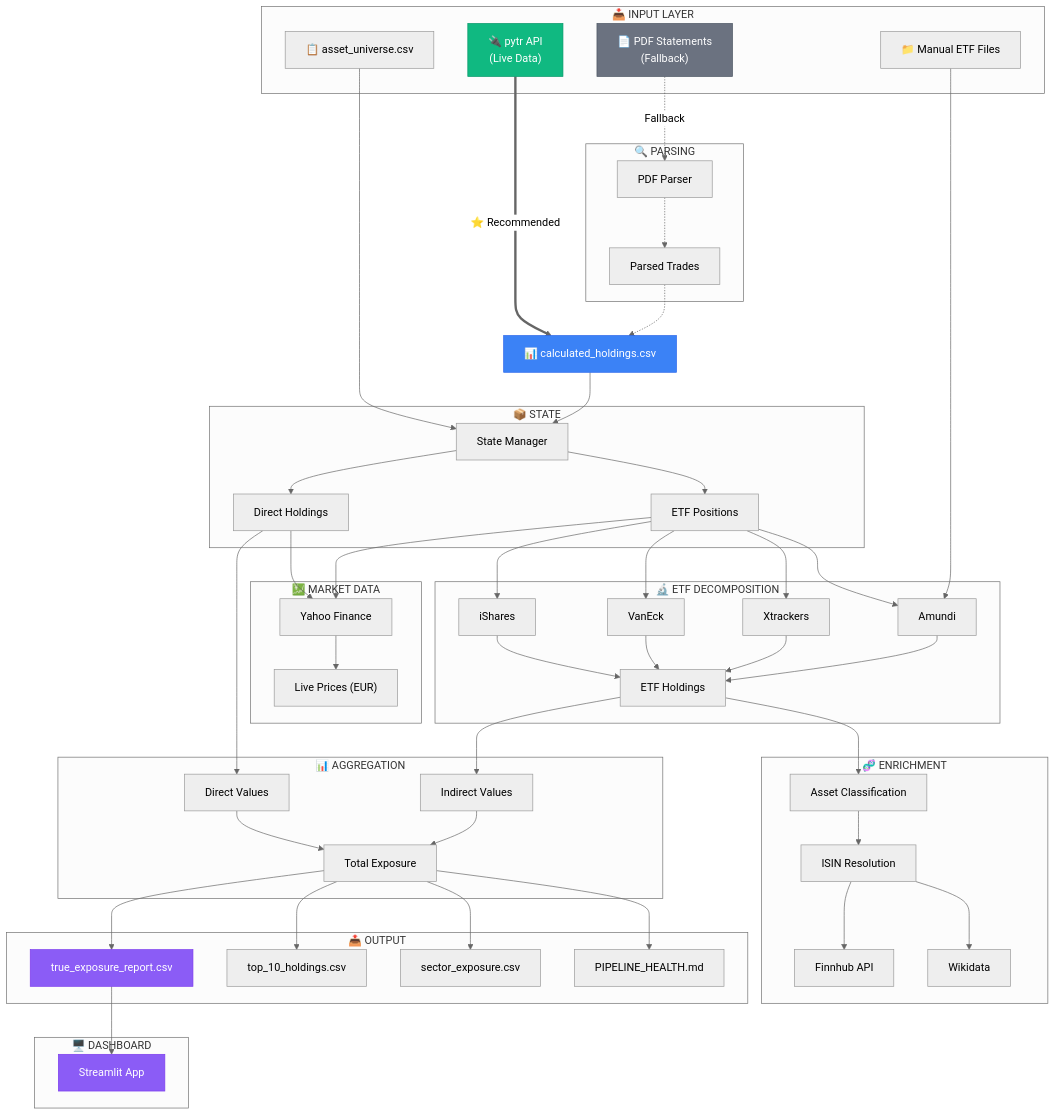
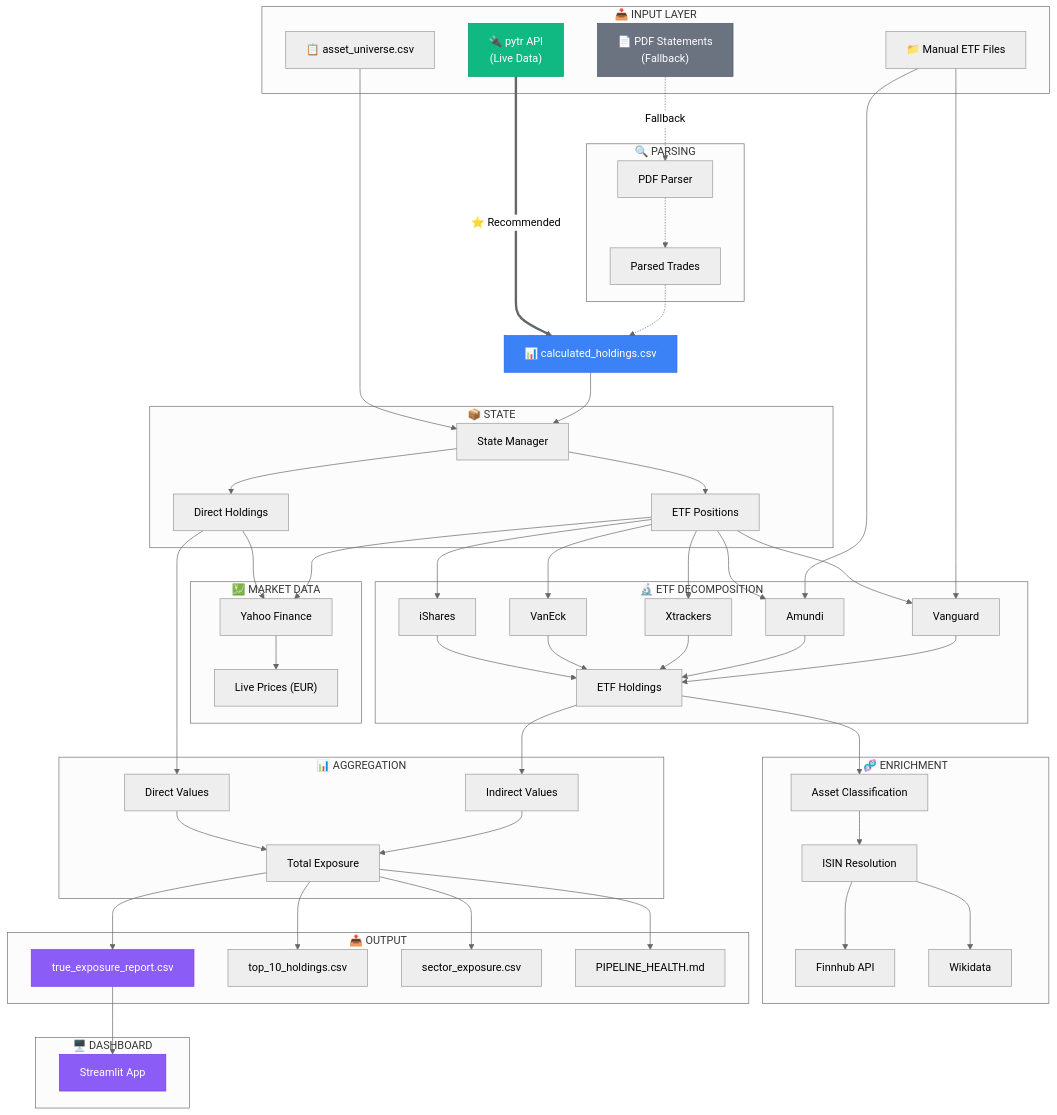
The second of 2 diagrams in README.md (Skeptomenos/Portfolio-Prism), drawn with Mermaid (neutral theme) before and after one commit. The commit also changed other lines of this file and 17 other files, not shown here.

```diff
--- a/README.md
+++ b/README.md
@@ -316,6 +329,7 @@
         VanEck["VanEck"]
         Xtrackers["Xtrackers"]
         Amundi["Amundi"]
+        Vanguard["Vanguard"]
         ETFHoldings["ETF Holdings"]
     end
 
@@ -353,9 +367,9 @@
 
     Direct & ETFs --> YFinance --> Prices
 
-    ETFs --> iShares & VanEck & Xtrackers & Amundi
-    ManualETF --> Amundi
-    iShares & VanEck & Xtrackers & Amundi --> ETFHoldings
+    ETFs --> iShares & VanEck & Xtrackers & Amundi & Vanguard
+    ManualETF --> Amundi & Vanguard
+    iShares & VanEck & Xtrackers & Amundi & Vanguard --> ETFHoldings
 
     ETFHoldings --> Classification --> Resolution
     Resolution --> Finnhub & Wikidata
```
